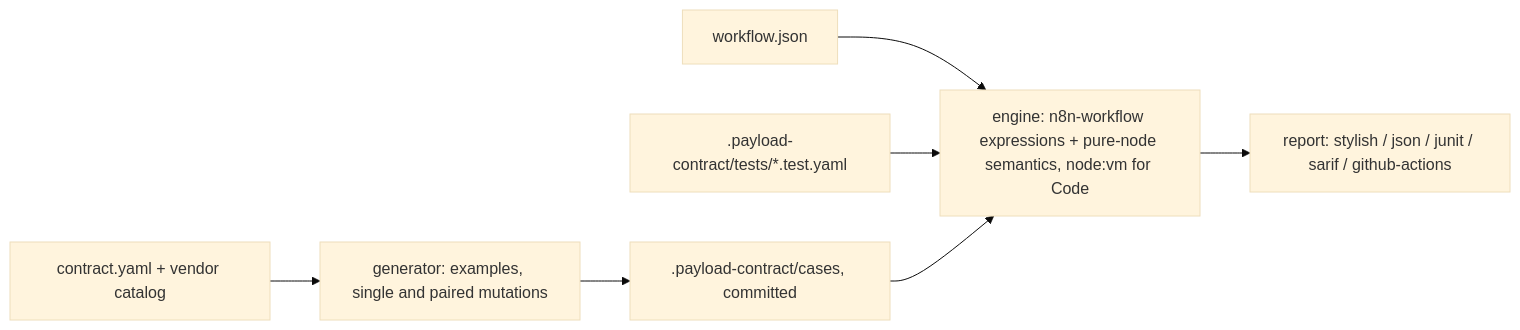
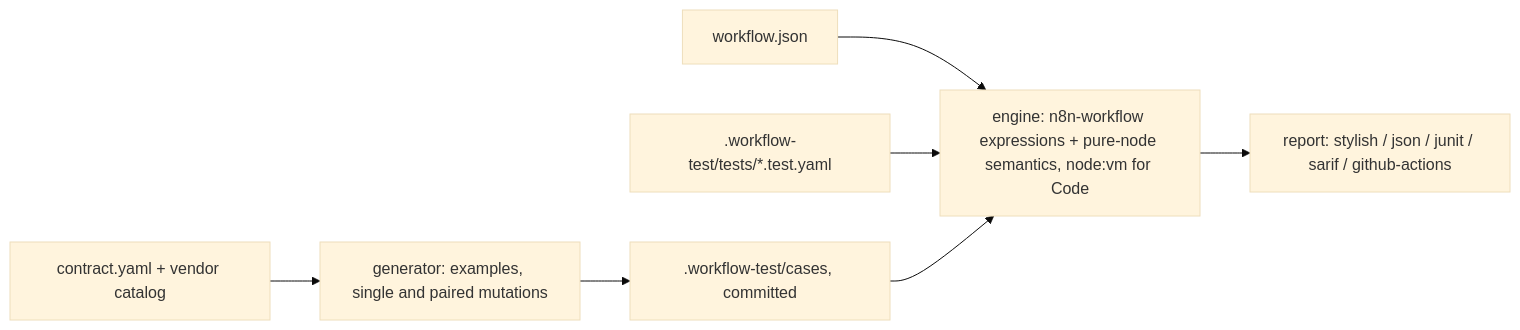
One commit to LudwigGerdes/workflow-tester changed the diagram in README.md. Above: the diagram before and after it, drawn with Mermaid (base theme). The commit also changed other lines of this file and 138 other files, not shown here.

First line of the commit message:
refactor!: rename payload-contract to workflow-test

````diff
--- a/README.md
+++ b/README.md
@@ -93,9 +93,9 @@
 ```mermaid
 flowchart LR
   A[workflow.json] --> E
   C[contract.yaml + vendor catalog] --> G[generator: examples, single and paired mutations]
-  T[.payload-contract/tests/*.test.yaml] --> E
-  G --> S[.payload-contract/cases, committed]
+  T[.workflow-test/tests/*.test.yaml] --> E
+  G --> S[.workflow-test/cases, committed]
   S --> E[engine: n8n-workflow expressions + pure-node semantics, node:vm for Code]
   E --> R[report: stylish / json / junit / sarif / github-actions]
 ```
````
